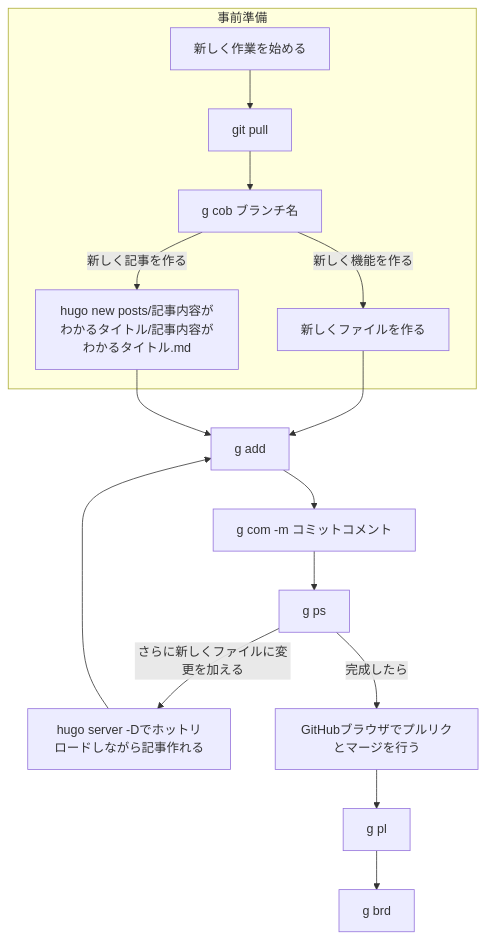
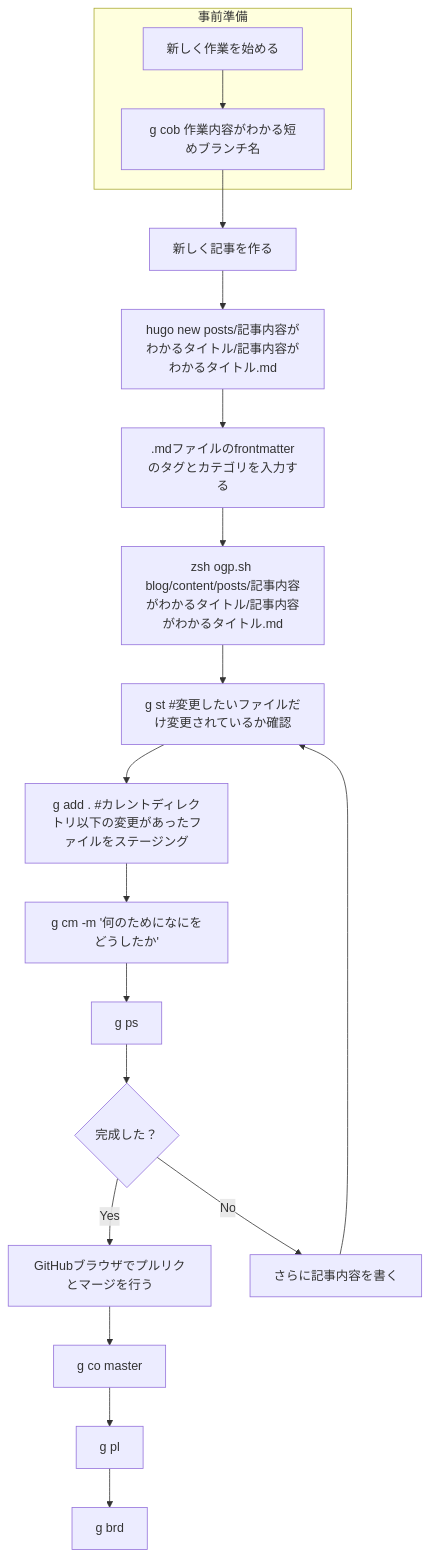
One commit to zuzuzunta0/newblog2 changed the diagram in README.md. Above: the diagram before and after it, drawn with Mermaid. The commit also changed other lines of this file, not shown here.

Commit message:
update README.md about git flow mermaid for junnbann

````diff
--- a/README.md
+++ b/README.md
@@ -13,18 +13,21 @@
 ```mermaid
 flowchart TB
   subgraph 事前準備
-  a[新しく作業を始める] --> b1[git pull]
-  b1 --> e[g cob ブランチ名]
-  e --> |"新しく機能を作る"|c[新しくファイルを作る]
-  e -->|"新しく記事を作る"| d["hugo new posts/記事内容がわかるタイトル/記事内容がわかるタイトル.md"]
+  A["新しく作業を始める"] --> B["g cob 作業内容がわかる短めブランチ名"]
   end
-  c --> f["g add"]
-  d --> f
-  f --> g["g com -m "コミットコメント""]
-  g --> h["g ps"]
-  h --> |"さらに新しくファイルに変更を加える"|f1["hugo server -Dでホットリロードしながら記事作れる"]
-  f1 --> f
-  h --> |完成したら|i["GitHubブラウザでプルリクとマージを行う"]
-  i --> i1["g pl"]
-  i1 --> j["g brd"]
+  B --> C["新しく記事を作る"]
+  C --> D["hugo new posts/記事内容がわかるタイトル/記事内容がわかるタイトル.md"]
+  D --> D1[".mdファイルのfrontmatterのタグとカテゴリを入力する"]
+  D1 --> D2["zsh ogp.sh blog/content/posts/記事内容がわかるタイトル/記事内容がわかるタイトル.md"]
+  D2 --> E["g st #変更したいファイルだけ変更されているか確認"]
+  E --> F["g add . #カレントディレクトリ以下の変更があったファイルをステージング"]
+  F --> G["g cm -m '何のためになにをどうしたか'"]
+  G --> H["g ps"]
+  H --> I{"完成した？"}
+  I --> |Yes| J["GitHubブラウザでプルリクとマージを行う"]
+  I --> |"No"| K["さらに記事内容を書く"]
+  K --> E
+  J --> L["g co master"]
+  L --> M["g pl"]
+  M --> N["g brd"]
 ```
````
